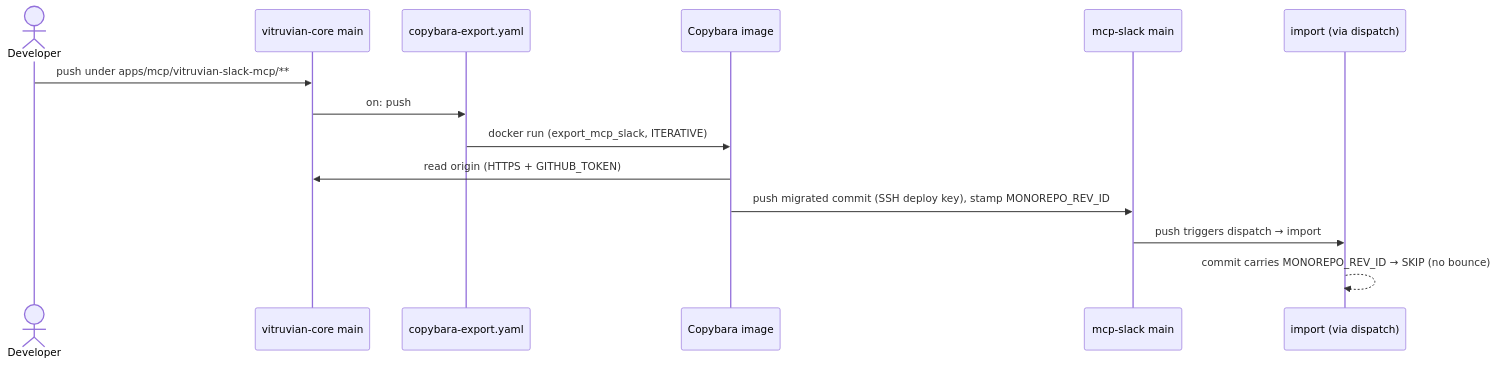
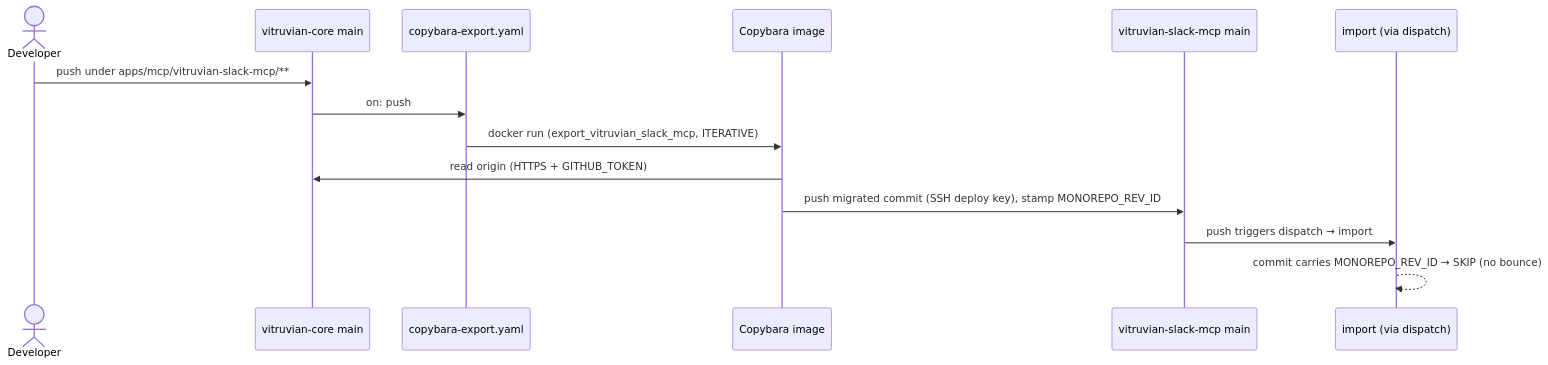
Before and after one commit to VitruvianSoftware/vitruvian-core: the second of 7 diagrams in docs/admin/copybara-sync.md, drawn with Mermaid. The commit also changed other lines of this file and 46 other files, not shown here.

First line of the commit message:
chore(repo-config): rename the devx, homelab and Slack MCP mirrors to their Vitruvian names

````diff
--- a/docs/admin/copybara-sync.md
+++ b/docs/admin/copybara-sync.md
@@ -115,16 +115,16 @@
 ```mermaid
 sequenceDiagram
     actor Dev as Developer
     participant VC as vitruvian-core main
     participant EXP as copybara-export.yaml
     participant CB as Copybara image
-    participant MS as mcp-slack main
+    participant MS as vitruvian-slack-mcp main
     participant IMP as import (via dispatch)
     Dev->>VC: push under apps/mcp/vitruvian-slack-mcp/**
     VC->>EXP: on: push
-    EXP->>CB: docker run (export_mcp_slack, ITERATIVE)
+    EXP->>CB: docker run (export_vitruvian_slack_mcp, ITERATIVE)
     CB->>VC: read origin (HTTPS + GITHUB_TOKEN)
     CB->>MS: push migrated commit (SSH deploy key), stamp MONOREPO_REV_ID
     MS->>IMP: push triggers dispatch → import
     IMP-->>IMP: commit carries MONOREPO_REV_ID → SKIP (no bounce)
 ```
````
